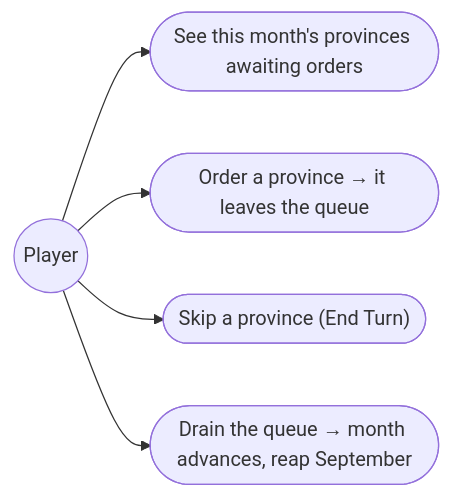
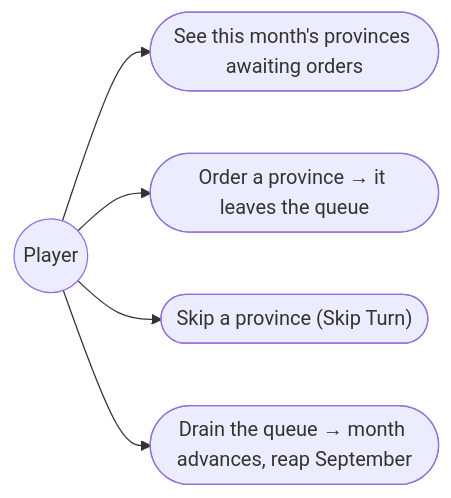
The first of 3 diagrams in gemfire/docs/design/02-the-monthly-turn.md (pslotinsky/kunstkamera), drawn with Mermaid before and after one commit. The commit also changed other lines of this file and 58 other files, not shown here.

````diff
--- a/gemfire/docs/design/02-the-monthly-turn.md
+++ b/gemfire/docs/design/02-the-monthly-turn.md
@@ -34,8 +34,8 @@
 ```mermaid
 flowchart LR
   player((Player))
   player --> uc1(["See this month's provinces awaiting orders"])
   player --> uc2(["Order a province → it leaves the queue"])
-  player --> uc3(["Skip a province (End Turn)"])
+  player --> uc3(["Skip a province (Skip Turn)"])
   player --> uc4(["Drain the queue → month advances, reap September"])
 ```
````
